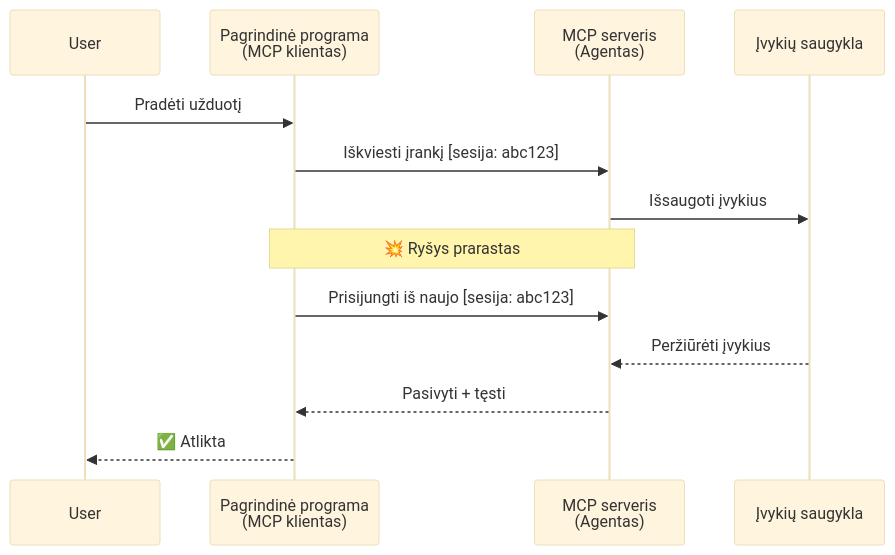
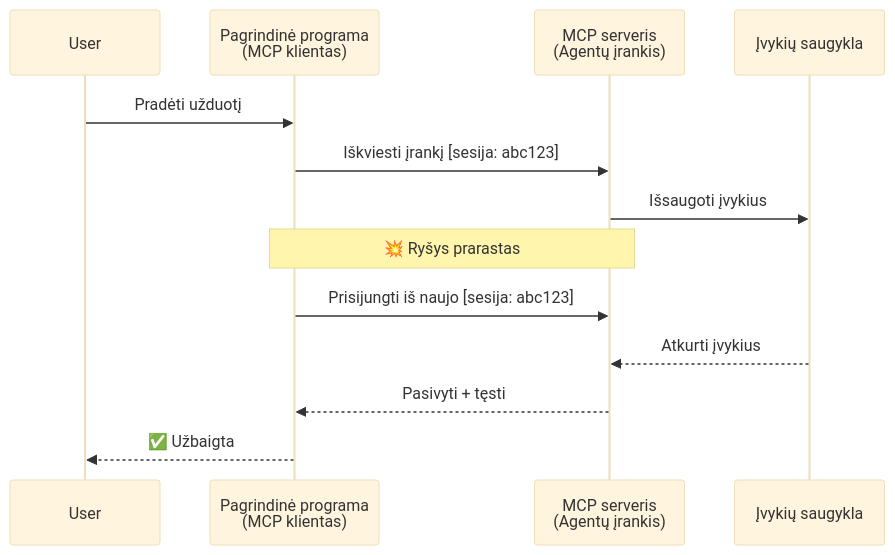
Before and after one commit to gabrielmoreira/agent-skills-mirror: the second of 5 diagrams in mirrors/repos/microsoft@ai-agents-for-beginners/translations/lt/11-agentic-protocols/code_samples/mcp-agents/README.md, drawn with Mermaid (base theme). The commit also changed other lines of this file and 4262 other files, not shown here.

````diff
--- a/mirrors/repos/microsoft@ai-agents-for-beginners/translations/lt/11-agentic-protocols/code_samples/mcp-agents/README.md
+++ b/mirrors/repos/microsoft@ai-agents-for-beginners/translations/lt/11-agentic-protocols/code_samples/mcp-agents/README.md
@@ -82,18 +82,18 @@
 ```mermaid
 sequenceDiagram
     participant User
     participant Host as Pagrindinė programa<br/>(MCP klientas)
-    participant Server as MCP serveris<br/>(Agentas)
+    participant Server as MCP serveris<br/>(Agentų įrankis)
     participant Store as Įvykių saugykla
 
     User->>Host: Pradėti užduotį
     Host->>Server: Iškviesti įrankį [sesija: abc123]
     Server->>Store: Išsaugoti įvykius
 
     Note over Host,Server: 💥 Ryšys prarastas
 
     Host->>Server: Prisijungti iš naujo [sesija: abc123]
-    Store-->>Server: Peržiūrėti įvykius
+    Store-->>Server: Atkurti įvykius
     Server-->>Host: Pasivyti + tęsti
-    Host-->>User: ✅ Atlikta
+    Host-->>User: ✅ Užbaigta
 ```
````
